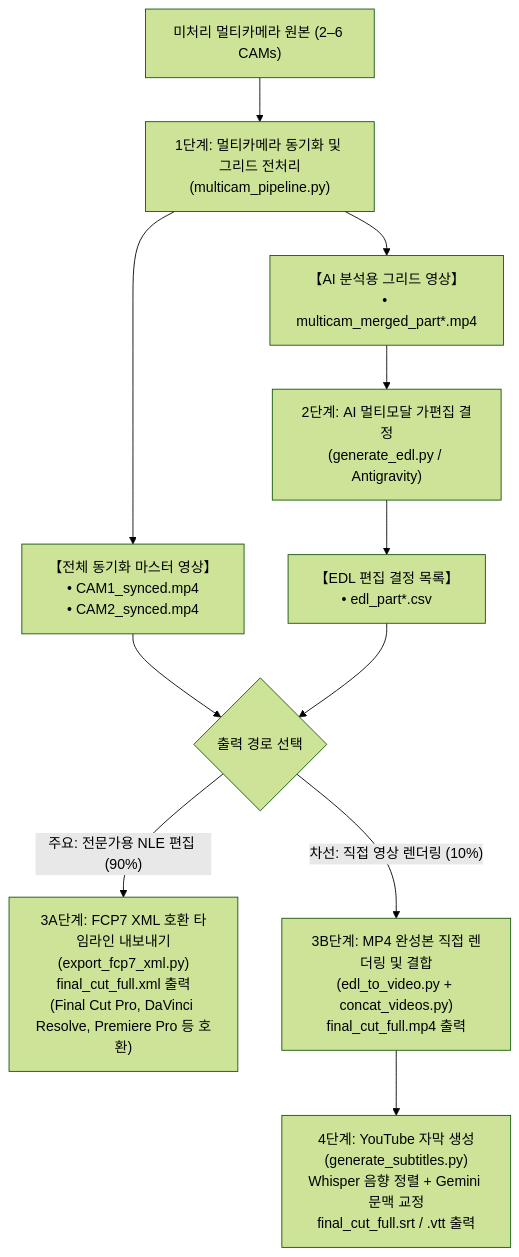
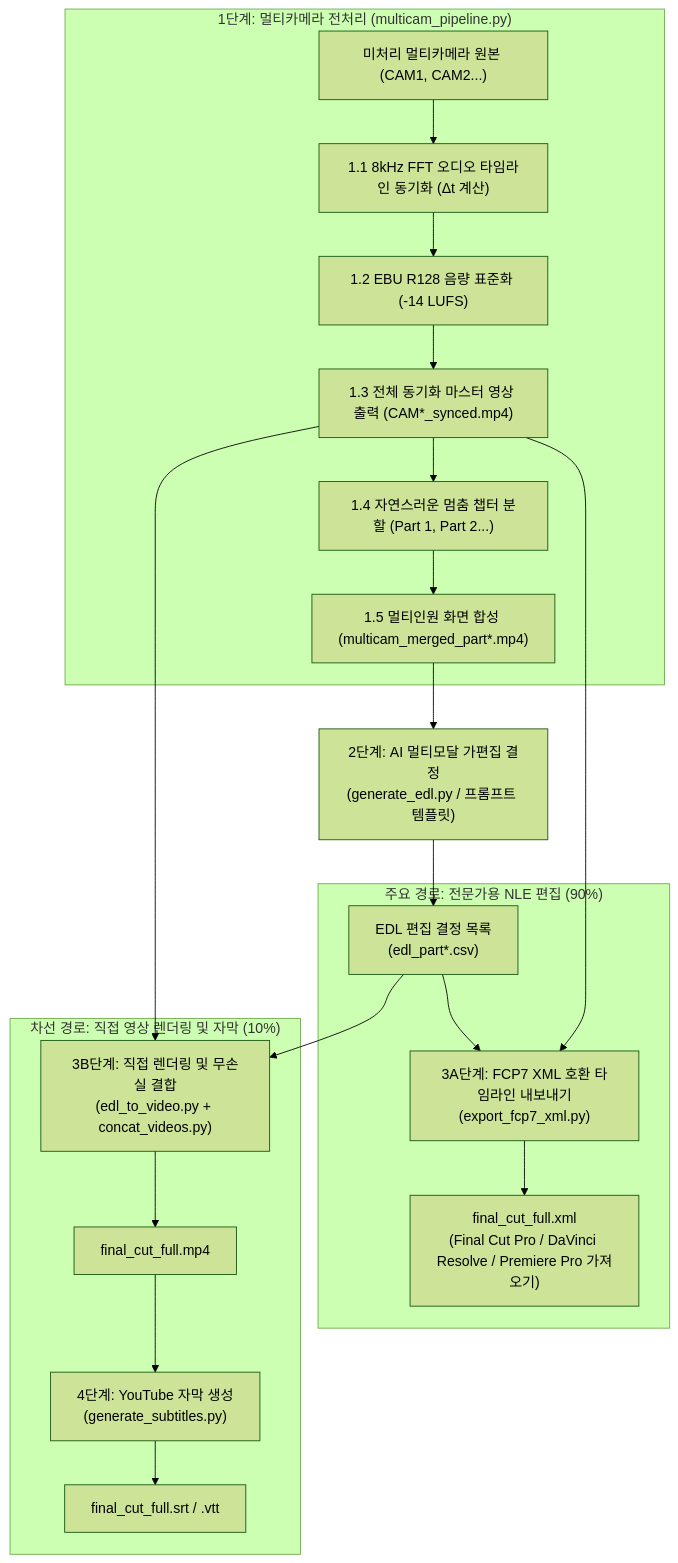
Before and after one commit to sylphlin/multicam-video-preprocessing: the diagram in README.ko.md, drawn with Mermaid (forest theme). The commit also changed 4 other files, not shown here.

Commit message:
docs: redesign clean relationship-focused Mermaid flowcharts with sub-steps 1.1-1.5 across all 5 READMEs

````diff
--- a/README.ko.md
+++ b/README.ko.md
@@ -53,18 +53,27 @@
 ```mermaid
 flowchart TD
-    A["미처리 멀티카메라 원본 (2–6 CAMs)"] --> B["1단계: 멀티카메라 동기화 및 그리드 전처리<br/>(multicam_pipeline.py)"]
-    
-    B --> C["【전체 동기화 마스터 영상】<br/>• CAM1_synced.mp4<br/>• CAM2_synced.mp4"]
-    B --> D["【AI 분석용 그리드 영상】<br/>• multicam_merged_part*.mp4"]
-    
-    D --> E["2단계: AI 멀티모달 가편집 결정<br/>(generate_edl.py / Antigravity)"]
-    E --> F["【EDL 편집 결정 목록】<br/>• edl_part*.csv"]
-    
-    C --> G{"출력 경로 선택"}
-    F --> G
-    
-    G -->|"주요: 전문가용 NLE 편집 (90%)"| H["3A단계: FCP7 XML 호환 타임라인 내보내기<br/>(export_fcp7_xml.py)<br/>final_cut_full.xml 출력<br/>(Final Cut Pro, DaVinci Resolve, Premiere Pro 등 호환)"]
-    G -->|"차선: 직접 영상 렌더링 (10%)"| I["3B단계: MP4 완성본 직접 렌더링 및 결합<br/>(edl_to_video.py + concat_videos.py)<br/>final_cut_full.mp4 출력"]
-    
-    I --> J["4단계: YouTube 자막 생성<br/>(generate_subtitles.py)<br/>Whisper 음향 정렬 + Gemini 문맥 교정<br/>final_cut_full.srt / .vtt 출력"]
+    subgraph S1["1단계: 멀티카메라 전처리 (multicam_pipeline.py)"]
+        A["미처리 멀티카메라 원본 (CAM1, CAM2...)"] --> S1_1["1.1 8kHz FFT 오디오 타임라인 동기화 (Δt 계산)"]
+        S1_1 --> S1_2["1.2 EBU R128 음량 표준화 (-14 LUFS)"]
+        S1_2 --> S1_3["1.3 전체 동기화 마스터 영상 출력 (CAM*_synced.mp4)"]
+        S1_3 --> S1_4["1.4 자연스러운 멈춤 챕터 분할 (Part 1, Part 2...)"]
+        S1_4 --> S1_5["1.5 멀티인원 화면 합성 (multicam_merged_part*.mp4)"]
+    end
+
+    S1_5 --> S2["2단계: AI 멀티모달 가편집 결정<br/>(generate_edl.py / 프롬프트 템플릿)"]
+    S2 --> EDL["EDL 편집 결정 목록<br/>(edl_part*.csv)"]
+
+    subgraph S3A["주요 경로: 전문가용 NLE 편집 (90%)"]
+        S1_3 --> S3A_ACT["3A단계: FCP7 XML 호환 타임라인 내보내기<br/>(export_fcp7_xml.py)"]
+        EDL --> S3A_ACT
+        S3A_ACT --> XML["final_cut_full.xml<br/>(Final Cut Pro / DaVinci Resolve / Premiere Pro 가져오기)"]
+    end
+
+    subgraph S3B["차선 경로: 직접 영상 렌더링 및 자막 (10%)"]
+        S1_3 --> S3B_ACT["3B단계: 직접 렌더링 및 무손실 결합<br/>(edl_to_video.py + concat_videos.py)"]
+        EDL --> S3B_ACT
+        S3B_ACT --> MP4["final_cut_full.mp4"]
+        MP4 --> S4["4단계: YouTube 자막 생성<br/>(generate_subtitles.py)"]
+        S4 --> SRT["final_cut_full.srt / .vtt"]
+    end
 ```
````
